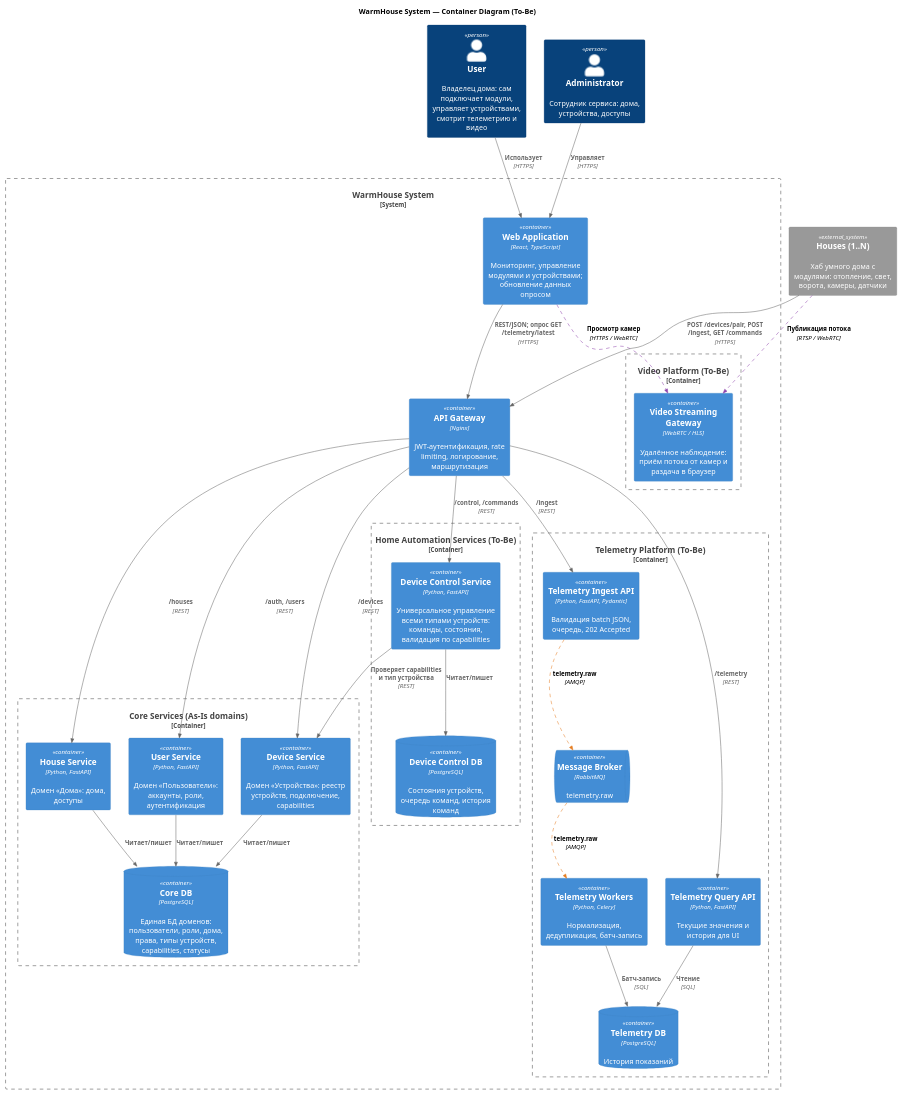
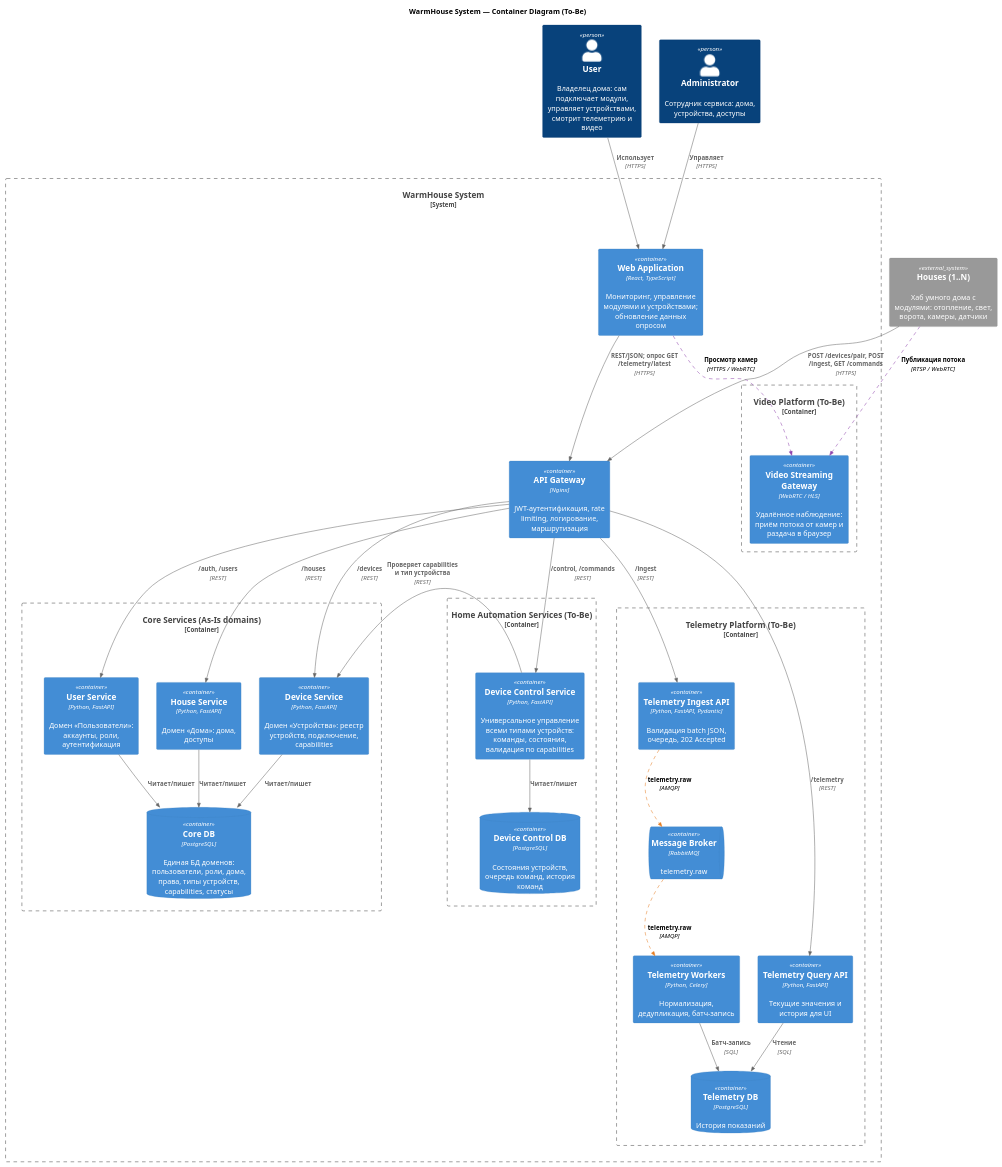
Before and after one commit to gadtakoi/architecture-pro-warmhouse: the diagram in diagrams/Task_2_Containers.puml, drawn with PlantUML.

Commit message:
Fix Task 2 Containers

```diff
--- a/diagrams/Task_2_Containers.puml
+++ b/diagrams/Task_2_Containers.puml
@@ -1,75 +1,77 @@
 @startuml
 title WarmHouse System — Container Diagram (To-Be)
 
 !include ../vendor/C4-PlantUML/C4_Container.puml
 
 
 AddRelTag("async", $textColor="#000000", $lineColor="#E67E22", $lineStyle=DashedLine())
 AddRelTag("media", $textColor="#000000", $lineColor="#8E44AD", $lineStyle=DashedLine())
 
 Person(user, "User", "Владелец дома: сам подключает модули, управляет устройствами, смотрит телеметрию и видео")
 Person(admin, "Administrator", "Сотрудник сервиса: дома, устройства, доступы")
 
 System_Ext(houses, "Houses (1..N)", "Хаб умного дома с модулями: отопление, свет, ворота, камеры, датчики")
 
 System_Boundary(warmhouse, "WarmHouse System") {
 
   Container(WebApp, "Web Application", "React, TypeScript", "Мониторинг, управление модулями и устройствами; обновление данных опросом")
 
   Container(ApiGateway, "API Gateway", "Nginx", "JWT-аутентификация, rate limiting, логирование, маршрутизация")
 
   Container_Boundary(core, "Core Services (As-Is domains)") {
     Container(UserService, "User Service", "Python, FastAPI", "Домен «Пользователи»: аккаунты, роли, аутентификация")
     Container(HouseService, "House Service", "Python, FastAPI", "Домен «Дома»: дома, доступы")
     Container(DeviceService, "Device Service", "Python, FastAPI", "Домен «Устройства»: реестр устройств, подключение, capabilities")
 
     ContainerDb(CoreDb, "Core DB", "PostgreSQL", "Единая БД доменов: пользователи, роли, дома, права, типы устройств, capabilities, статусы")
   }
 
   Container_Boundary(automation, "Home Automation Services (To-Be)") {
     Container(DeviceControlService, "Device Control Service", "Python, FastAPI", "Универсальное управление всеми типами устройств: команды, состояния, валидация по capabilities")
     ContainerDb(DeviceControlDb, "Device Control DB", "PostgreSQL", "Состояния устройств, очередь команд, история команд")
   }
 
   Container_Boundary(telemetry, "Telemetry Platform (To-Be)") {
     Container(IngestService, "Telemetry Ingest API", "Python, FastAPI, Pydantic", "Валидация batch JSON, очередь, 202 Accepted")
     Container(QueryService, "Telemetry Query API", "Python, FastAPI", "Текущие значения и история для UI")
     ContainerQueue(MessageBroker, "Message Broker", "RabbitMQ", "telemetry.raw")
     Container(TelemetryWorker, "Telemetry Workers", "Python, Celery", "Нормализация, дедупликация, батч-запись")
     ContainerDb(TelemetryDb, "Telemetry DB", "PostgreSQL", "История показаний")
   }
 
   Container_Boundary(video, "Video Platform (To-Be)") {
     Container(VideoGateway, "Video Streaming Gateway", "WebRTC / HLS", "Удалённое наблюдение: приём потока от камер и раздача в браузер")
   }
 }
 
 Rel(user, WebApp, "Использует", "HTTPS")
 Rel(admin, WebApp, "Управляет", "HTTPS")
 
 Rel(WebApp, ApiGateway, "REST/JSON; опрос GET /telemetry/latest", "HTTPS")
 Rel(WebApp, VideoGateway, "Просмотр камер", "HTTPS / WebRTC", $tags="media")
 
 Rel(houses, ApiGateway, "POST /devices/pair, POST /ingest, GET /commands", "HTTPS")
 Rel(houses, VideoGateway, "Публикация потока", "RTSP / WebRTC", $tags="media")
 
 Rel(ApiGateway, UserService, "/auth, /users", "REST")
 Rel(ApiGateway, HouseService, "/houses", "REST")
 Rel(ApiGateway, DeviceService, "/devices", "REST")
 Rel(ApiGateway, DeviceControlService, "/control, /commands", "REST")
 Rel(ApiGateway, IngestService, "/ingest", "REST")
 Rel(ApiGateway, QueryService, "/telemetry", "REST")
 
 Rel(UserService, CoreDb, "Читает/пишет")
 Rel(HouseService, CoreDb, "Читает/пишет")
 Rel(DeviceService, CoreDb, "Читает/пишет")
 Rel(DeviceControlService, DeviceControlDb, "Читает/пишет")
 
 Rel(DeviceControlService, DeviceService, "Проверяет capabilities и тип устройства", "REST")
 
 Rel(IngestService, MessageBroker, "telemetry.raw", "AMQP", $tags="async")
 Rel(MessageBroker, TelemetryWorker, "telemetry.raw", "AMQP", $tags="async")
 Rel(TelemetryWorker, TelemetryDb, "Батч-запись", "SQL")
 Rel(QueryService, TelemetryDb, "Чтение", "SQL")
 
+Lay_R(core, automation)
+Lay_R(automation, telemetry)
 @enduml
```
